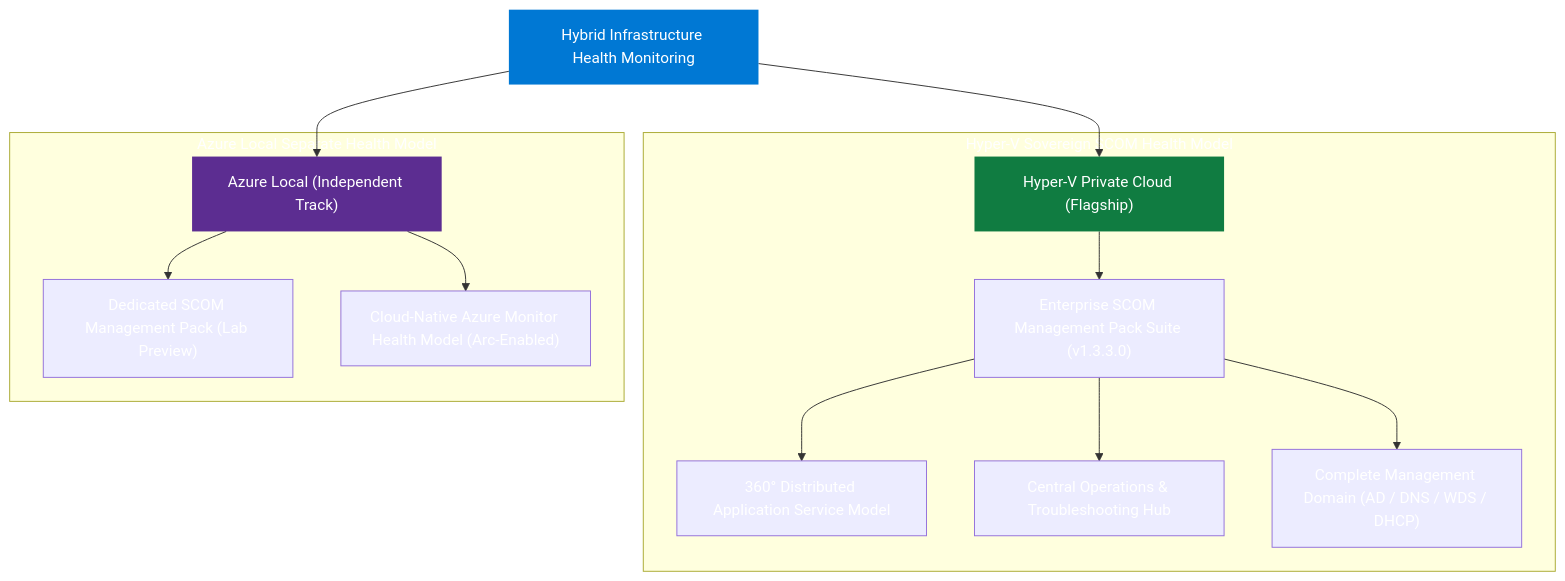
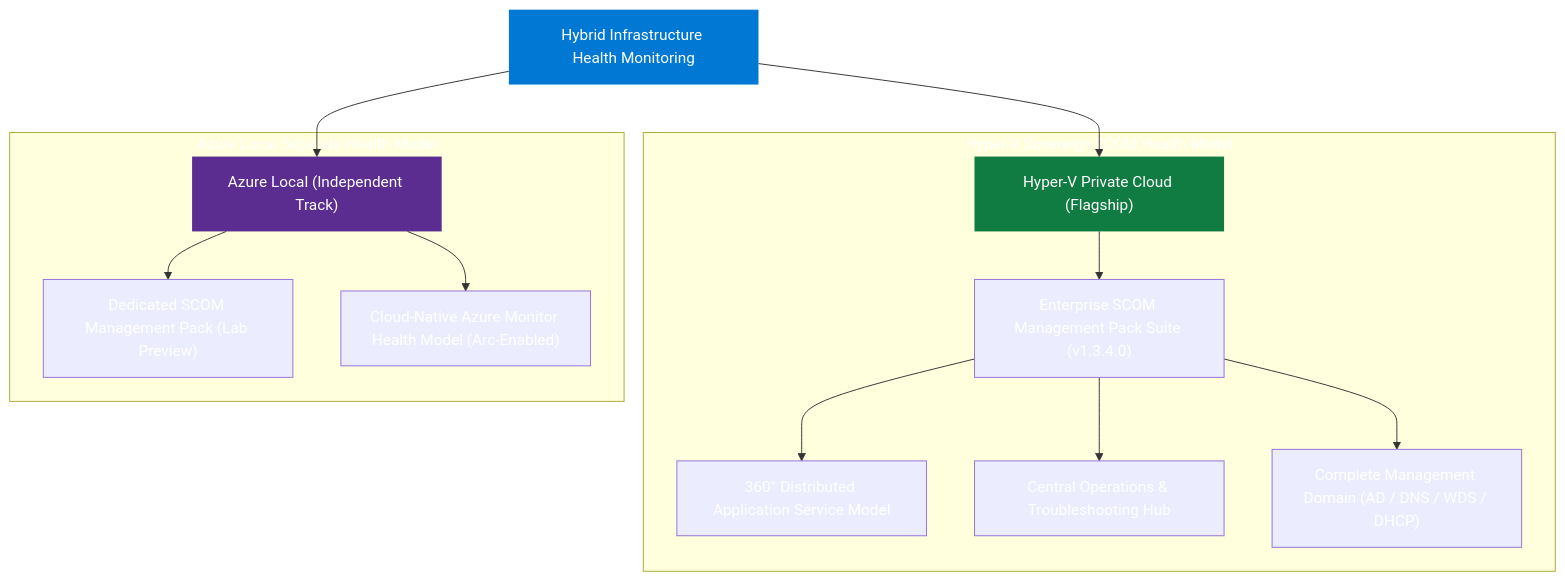
Before and after one commit to Hybrid-Solutions-Cloud/hybrid-health-monitoring: the diagram in docs/index.md, drawn with Mermaid. The commit also changed other lines of this file and 47 other files, not shown here.

````diff
--- a/docs/index.md
+++ b/docs/index.md
@@ -54,22 +54,22 @@
 ```mermaid
 graph TD
     Root["Hybrid Infrastructure Health Monitoring"]:::root
     Root --> HV["Hyper-V Private Cloud (Flagship)"]:::flagship
     Root --> AzL["Azure Local (Independent Track)"]:::independent
 
     subgraph HVTrack["Hyper-V Sovereign SCOM Health Model"]
-        HV --> HVS["Enterprise SCOM Management Pack Suite (v1.3.3.0)"]
+        HV --> HVS["Enterprise SCOM Management Pack Suite (v1.3.4.0)"]
         HVS --> HVDA["360° Distributed Application Service Model"]
         HVS --> HVOps["Central Operations & Troubleshooting Hub"]
         HVS --> HVMgmt["Complete Management Domain (AD / DNS / WDS / DHCP)"]
     end
 
     subgraph AzLTrack["Azure Local Separate Health Model"]
         AzL --> AzLS["Dedicated SCOM Management Pack (Lab Preview)"]
         AzL --> AzLA["Cloud-Native Azure Monitor Health Model (Arc-Enabled)"]
     end
 
     classDef root fill:#0078D4,color:#fff,stroke:none
     classDef flagship fill:#107c41,color:#fff,stroke:none
     classDef independent fill:#5c2d91,color:#fff,stroke:none
 ```
````
